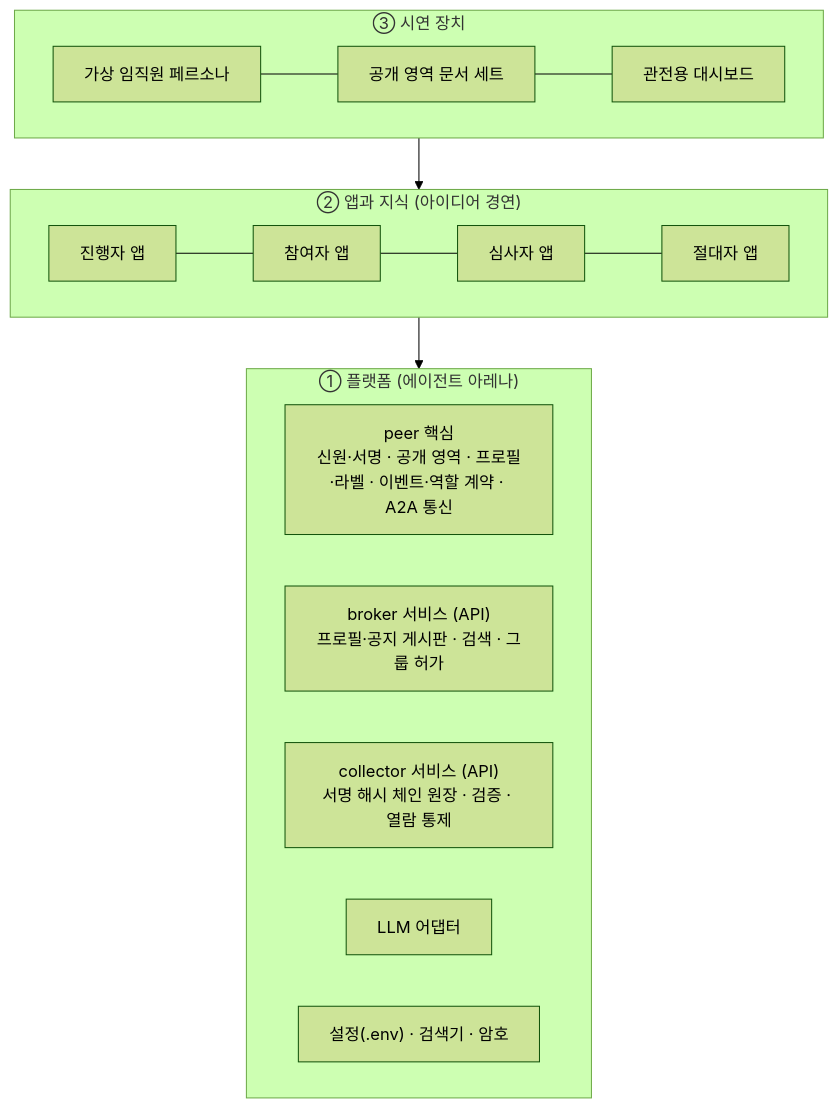
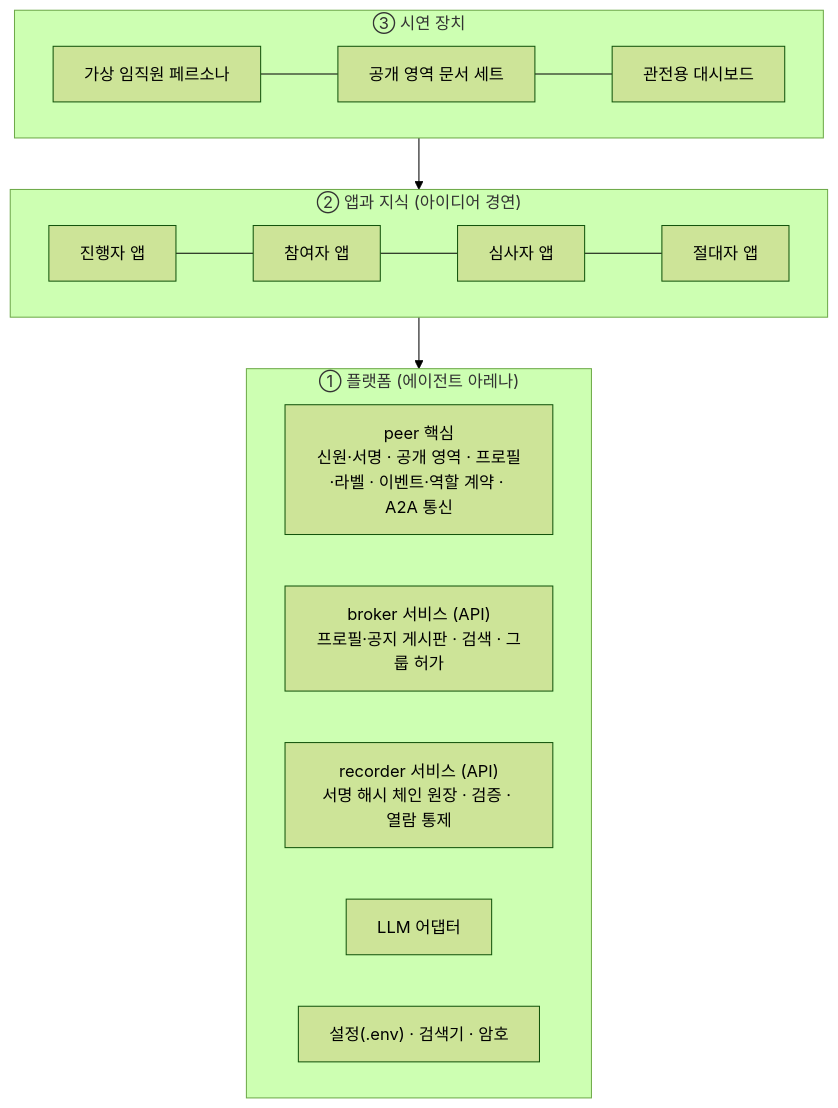
One commit to tanminkwan/share-ur-tokens changed the diagram in dev/plan.md. Above: the diagram before and after it, drawn with Mermaid (forest theme). The commit also changed other lines of this file and 32 other files, not shown here.

First line of the commit message:
refactor: Make the platform ledger generic and rename collector to recorder (phase 2-A)

````diff
--- a/dev/plan.md
+++ b/dev/plan.md
@@ -19,17 +19,17 @@
 ```mermaid
 flowchart TB
     subgraph L3["③ 시연 장치"]
         PS["가상 임직원 페르소나"] --- DOC["공개 영역 문서 세트"] --- DASH["관전용 대시보드"]
     end
     subgraph L2["② 앱과 지식 (아이디어 경연)"]
         ORG["진행자 앱"] --- PAR["참여자 앱"] --- JUD["심사자 앱"] --- OVS["절대자 앱"]
     end
     subgraph L1["① 플랫폼 (에이전트 아레나)"]
         PEER["peer 핵심<br/>신원·서명 · 공개 영역 · 프로필·라벨 · 이벤트·역할 계약 · A2A 통신"]
         BRK["broker 서비스 (API)<br/>프로필·공지 게시판 · 검색 · 그룹 허가"]
-        COL["collector 서비스 (API)<br/>서명 해시 체인 원장 · 검증 · 열람 통제"]
+        COL["recorder 서비스 (API)<br/>서명 해시 체인 원장 · 검증 · 열람 통제"]
         LLM["LLM 어댑터"]
         CFG["설정(.env) · 검색기 · 암호"]
     end
     L3 --> L2 --> L1
 ```
````
